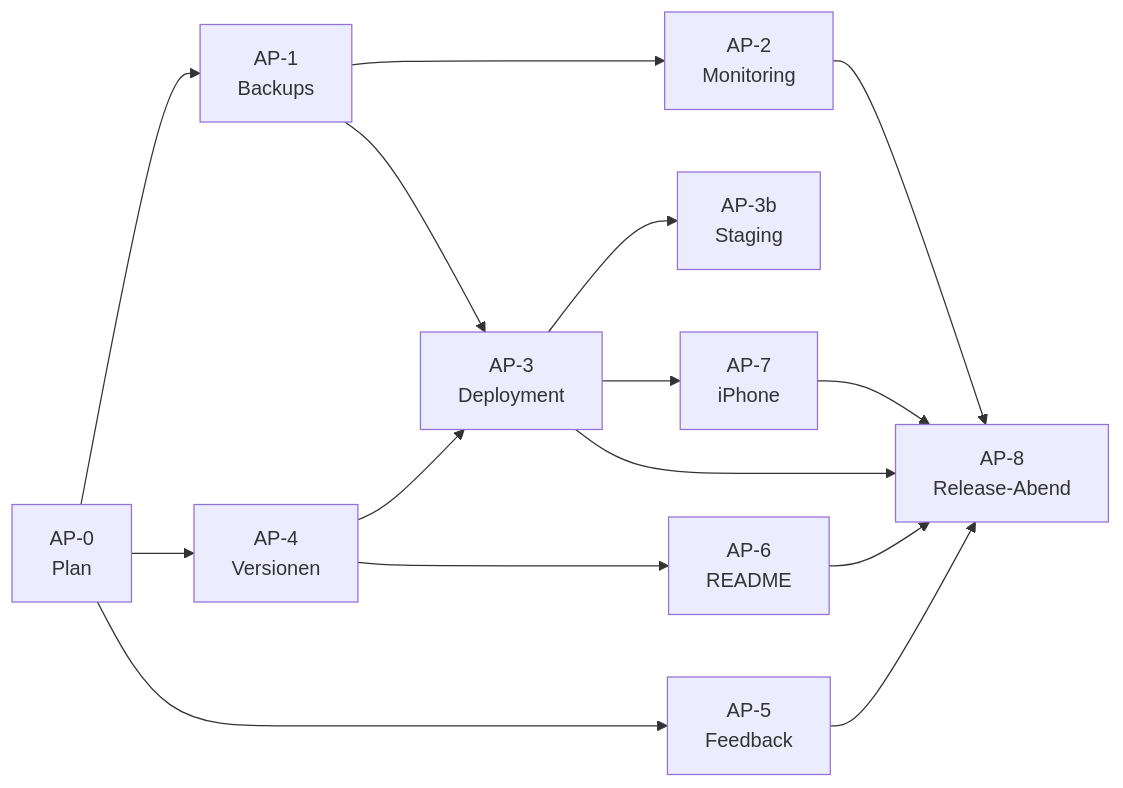
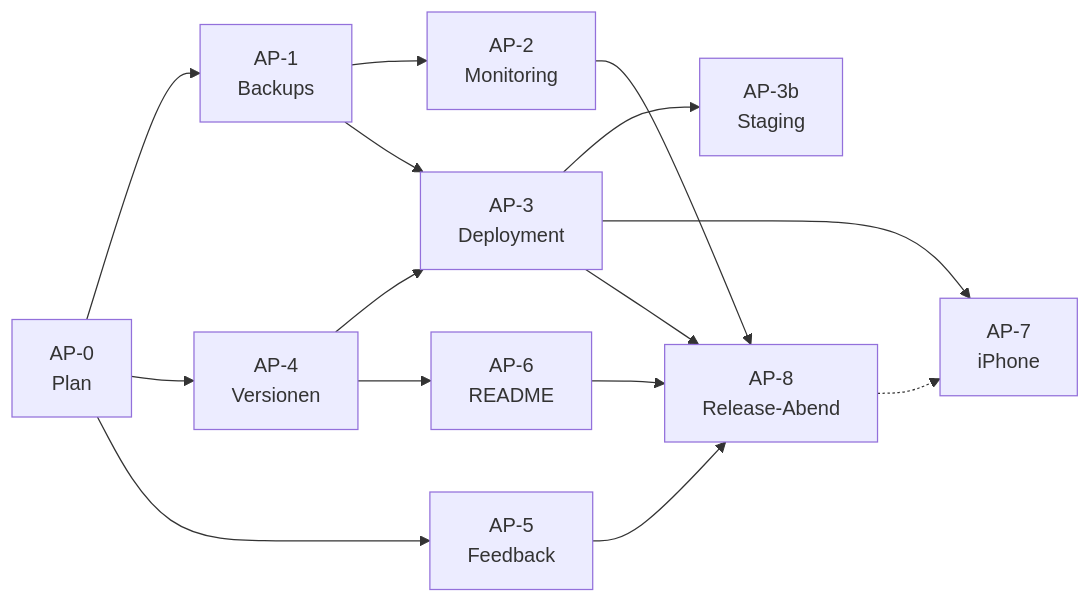
The diagram in docs/phase4/README.md (krauspeter/topstack), drawn with Mermaid before and after one commit. The commit also changed other lines of this file and 3 other files, not shown here.

````diff
--- a/docs/phase4/README.md
+++ b/docs/phase4/README.md
@@ -60,14 +60,15 @@
 ```mermaid
 flowchart LR
     AP0[AP-0<br/>Plan] --> AP1[AP-1<br/>Backups]
     AP0 --> AP4[AP-4<br/>Versionen]
     AP1 --> AP2[AP-2<br/>Monitoring]
     AP1 --> AP3[AP-3<br/>Deployment]
     AP3 --> AP3b[AP-3b<br/>Staging]
     AP4 --> AP3
     AP0 --> AP5[AP-5<br/>Feedback]
     AP3 --> AP7[AP-7<br/>iPhone]
-    AP2 & AP3 & AP5 & AP7 --> AP8[AP-8<br/>Release-Abend]
+    AP2 & AP3 & AP5 --> AP8[AP-8<br/>Release-Abend]
+    AP8 -.-> AP7
     AP4 --> AP6[AP-6<br/>README]
     AP6 --> AP8
 ```
````
